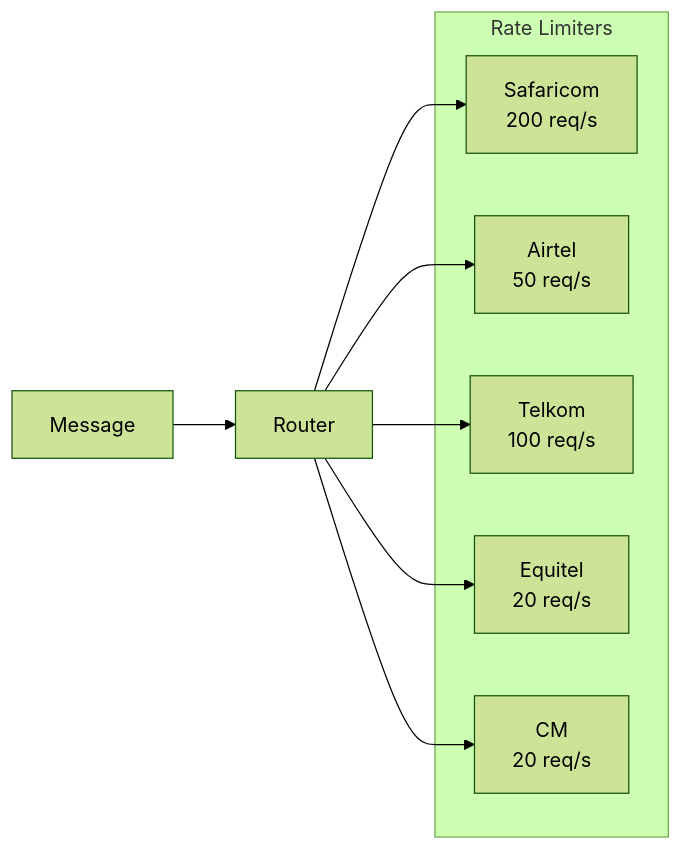
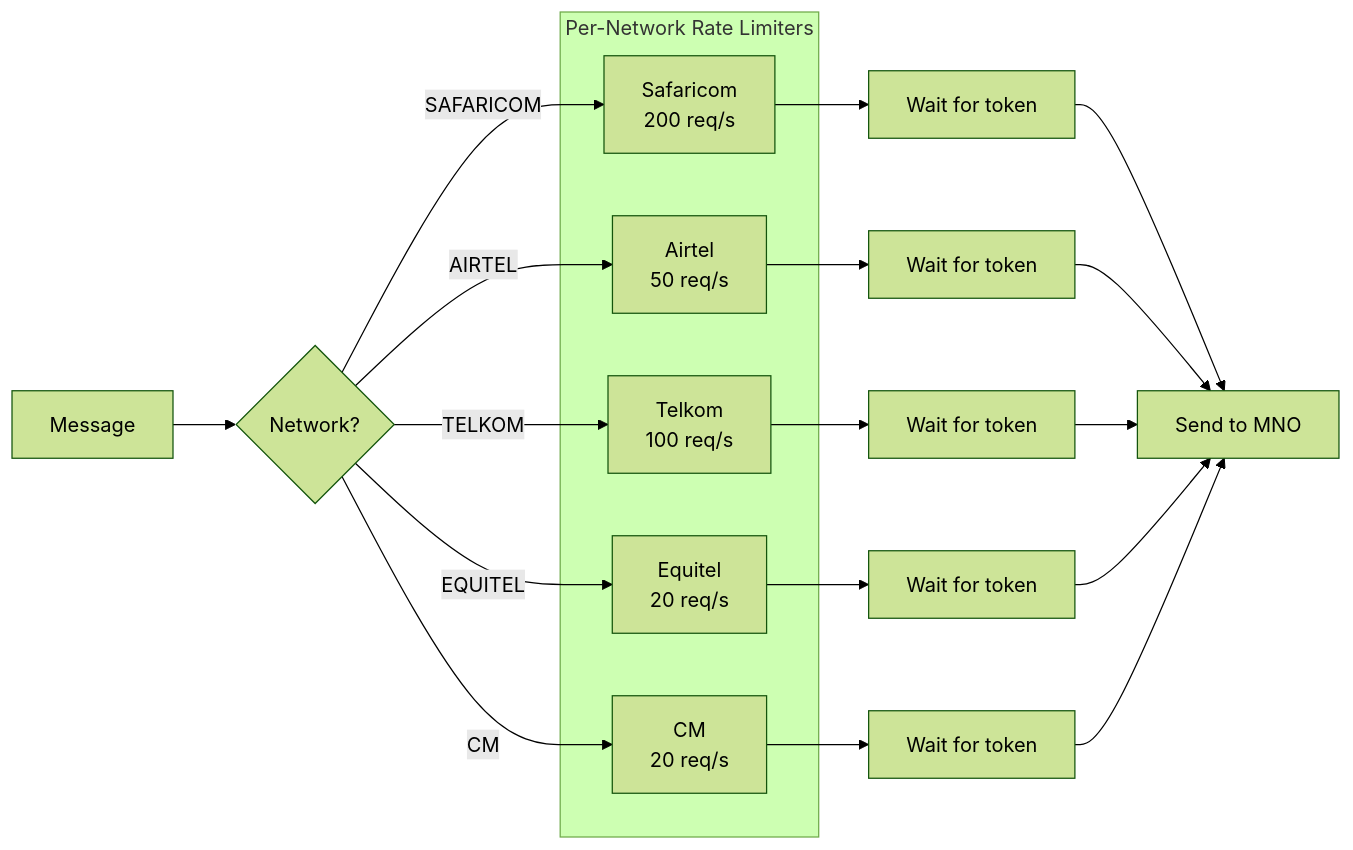
Diagram 13 of 18 in docs/architecture.md (ElMonstro/sms-mno-gateway), drawn with Mermaid (forest theme) before and after one commit. The commit also changed other lines of this file, not shown here.

Commit message:
Added Master Flow Diagram to arch docs

````diff
--- a/docs/architecture.md
+++ b/docs/architecture.md
@@ -422,17 +833,30 @@
 ```mermaid
-graph LR
-    subgraph "Rate Limiters"
+flowchart LR
+    subgraph "Per-Network Rate Limiters"
         SAF[Safaricom<br/>200 req/s]
         AIR[Airtel<br/>50 req/s]
         TEL[Telkom<br/>100 req/s]
         EQU[Equitel<br/>20 req/s]
         CM[CM<br/>20 req/s]
     end
 
-    MSG[Message] --> ROUTER[Router]
-    ROUTER --> SAF
-    ROUTER --> AIR
-    ROUTER --> TEL
-    ROUTER --> EQU
-    ROUTER --> CM
+    MSG[Message] --> ROUTER{Network?}
+
+    ROUTER -->|SAFARICOM| SAF
+    ROUTER -->|AIRTEL| AIR
+    ROUTER -->|TELKOM| TEL
+    ROUTER -->|EQUITEL| EQU
+    ROUTER -->|CM| CM
+
+    SAF --> WAIT1[Wait for token]
+    AIR --> WAIT2[Wait for token]
+    TEL --> WAIT3[Wait for token]
+    EQU --> WAIT4[Wait for token]
+    CM --> WAIT5[Wait for token]
+
+    WAIT1 --> SEND[Send to MNO]
+    WAIT2 --> SEND
+    WAIT3 --> SEND
+    WAIT4 --> SEND
+    WAIT5 --> SEND
 ```
````
